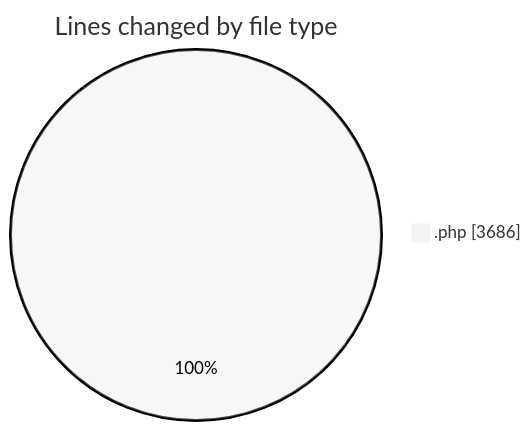
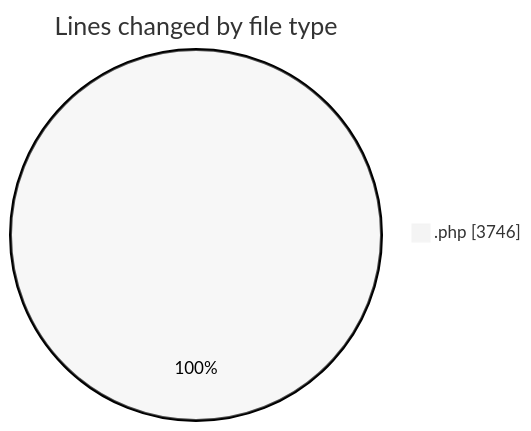
Before and after one commit to debugP/code-tracking: the first of 2 diagrams in 2026-08-05/untitled__workspace_/README.md, drawn with Mermaid (neutral theme). The commit also changed other lines of this file and 1 other file, not shown here.

````diff
--- a/2026-08-05/untitled__workspace_/README.md
+++ b/2026-08-05/untitled__workspace_/README.md
@@ -21,5 +21,5 @@
 ```mermaid
 pie showData
 title Lines changed by file type
-".php" : 3686
+".php" : 3746
 ```
````
